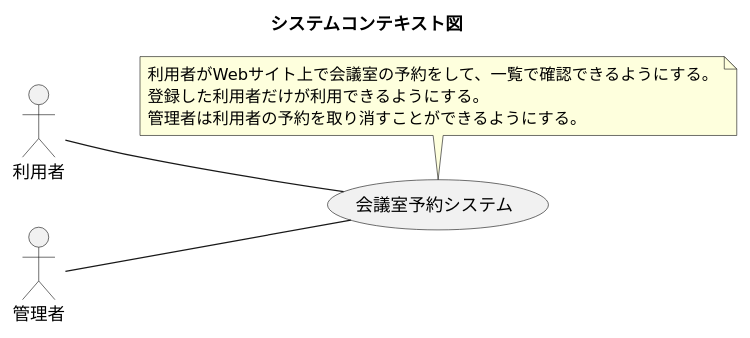
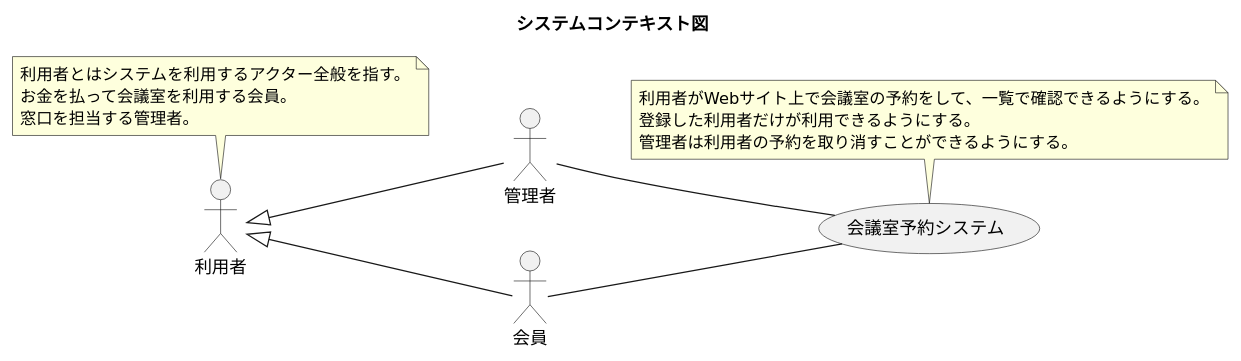
Before and after one commit to k2works/case-study-mrs: the first of 19 diagrams in docs/index.adoc, drawn with PlantUML. The commit also changed other lines of this file and 21 other files, not shown here.

```diff
--- a/docs/index.adoc
+++ b/docs/index.adoc
@@ -30,23 +30,32 @@
 [plantuml]
 ----
 @startuml
 
 title システムコンテキスト図
 
 left to right direction
 
 actor 利用者 as ac_01
 actor 管理者 as ac_02
+actor 会員 as ac_03
+ac_01 <|- ac_02
+ac_01 <|-- ac_03
+
+note top of ac_01
+  利用者とはシステムを利用するアクター全般を指す。
+  お金を払って会議室を利用する会員。
+  窓口を担当する管理者。
+end note
 
 usecase 会議室予約システム as uc_01
 note top of uc_01
   利用者がWebサイト上で会議室の予約をして、一覧で確認できるようにする。
   登録した利用者だけが利用できるようにする。
   管理者は利用者の予約を取り消すことができるようにする。
 end note
 
-ac_01 -- (uc_01)
 ac_02 -- (uc_01)
+ac_03 -- (uc_01)
 
 @enduml
 ----
```
